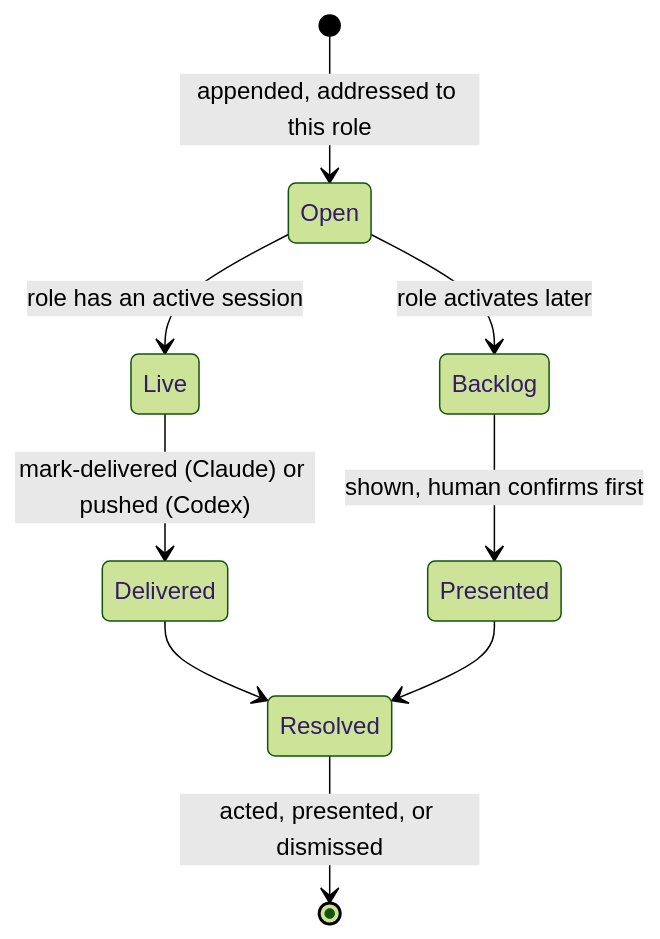
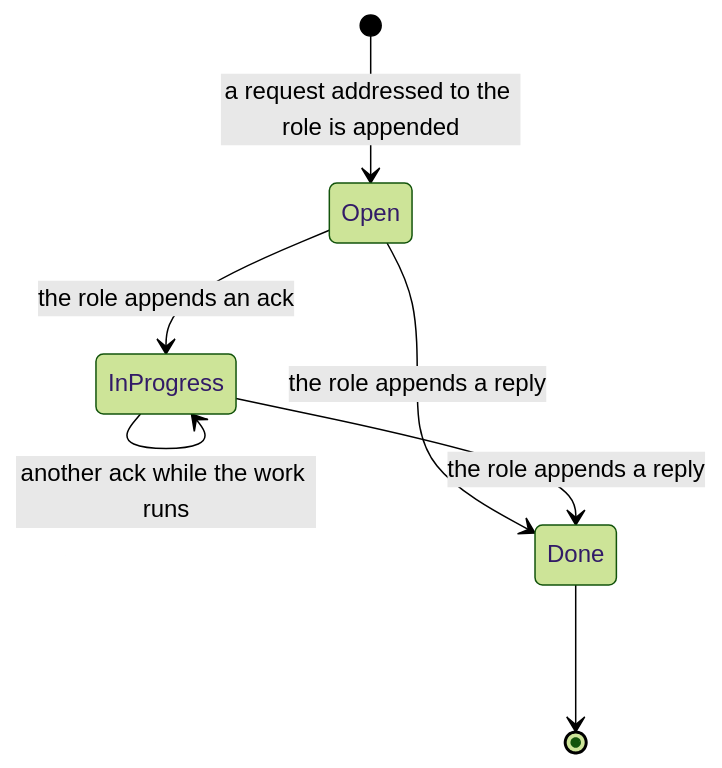
One commit to moltenbits/sideband changed the third of 3 diagrams in README.md. Above: the diagram before and after it, drawn with Mermaid (forest theme). The commit also changed other lines of this file and 64 other files, not shown here.

First line of the commit message:
Derive everything a role has to do from the journal; keep only a session record

````diff
--- a/README.md
+++ b/README.md
@@ -140,11 +141,9 @@
 ```mermaid
 stateDiagram-v2
-    [*] --> Open: appended, addressed to this role
-    Open --> Backlog: role activates later
-    Open --> Live: role has an active session
-    Backlog --> Presented: shown, human confirms first
-    Live --> Delivered: mark-delivered (Claude) or pushed (Codex)
-    Delivered --> Resolved
-    Presented --> Resolved
-    Resolved --> [*]: acted, presented, or dismissed
+    [*] --> Open: a request addressed to the role is appended
+    Open --> InProgress: the role appends an ack
+    InProgress --> InProgress: another ack while the work runs
+    Open --> Done: the role appends a reply
+    InProgress --> Done: the role appends a reply
+    Done --> [*]
 ```
````
